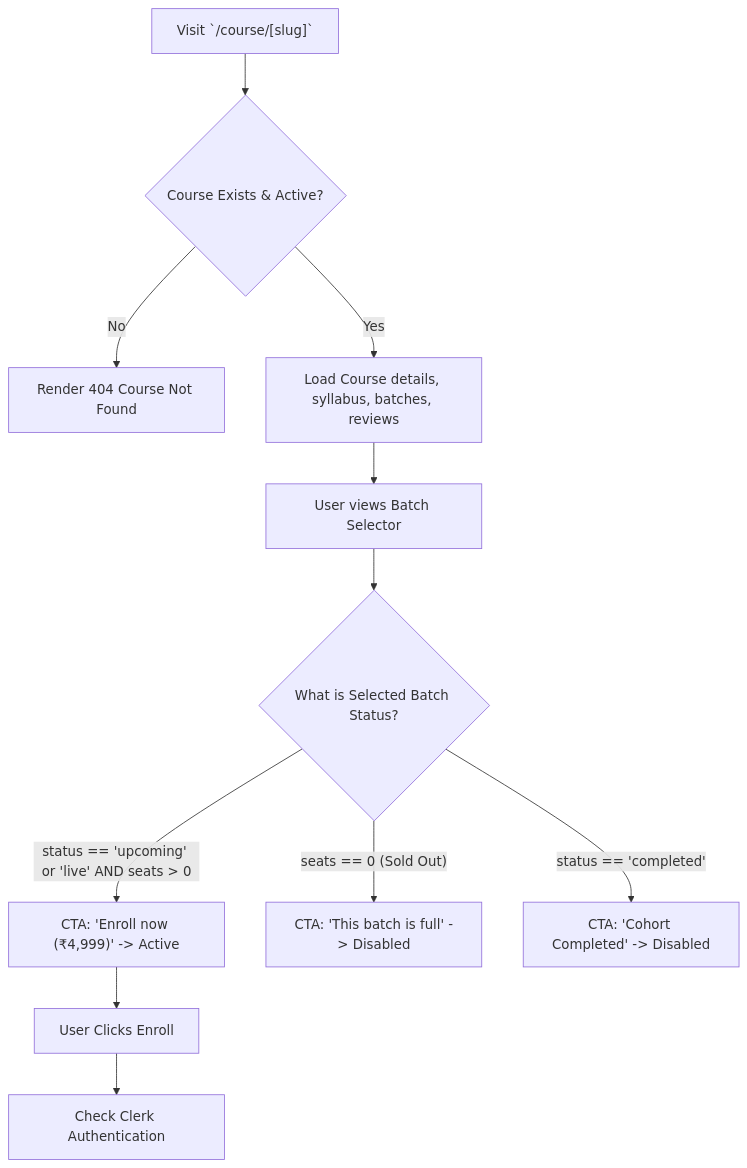
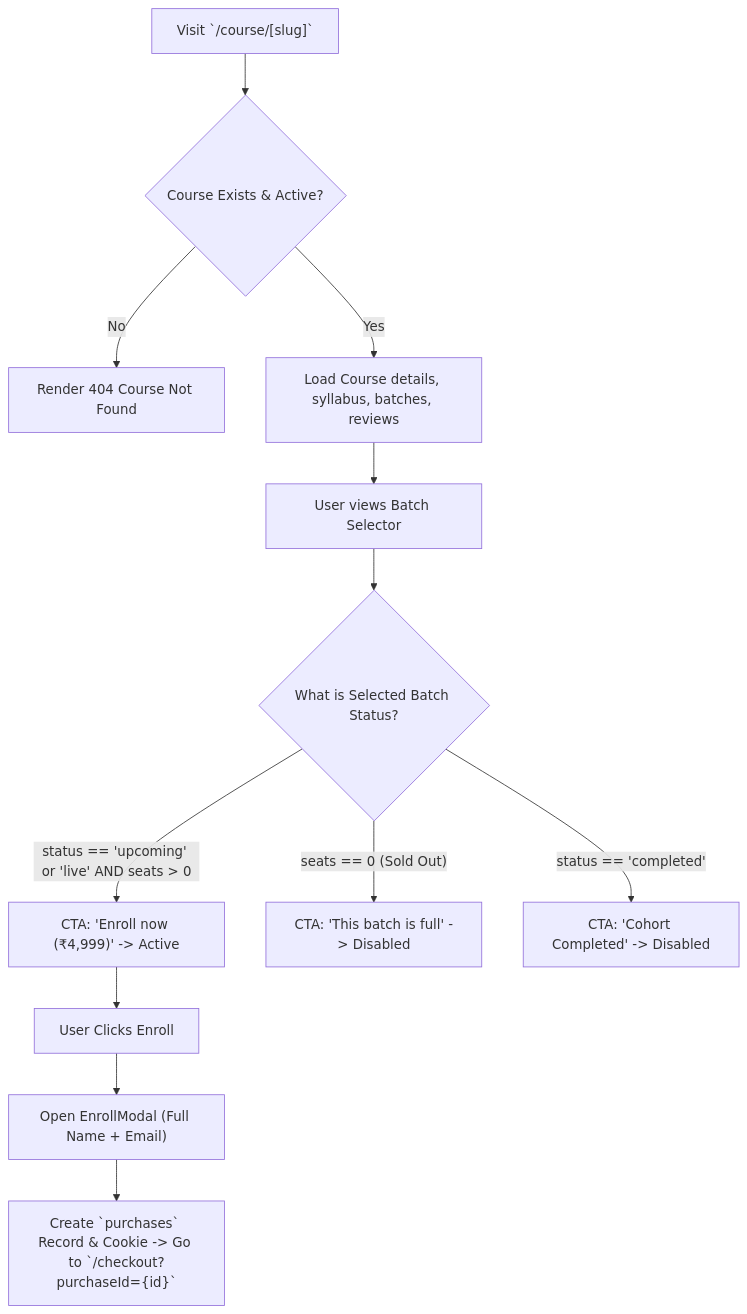
The fifth of 18 diagrams in context/user-flow.md (master-developerr/vibe-logic-studio), drawn with Mermaid before and after one commit. The commit also changed other lines of this file and 45 other files, not shown here.

Commit message:
feat(payments): payment-first checkout, Razorpay order diagnostics, and secure purchase recovery

````diff
--- a/context/user-flow.md
+++ b/context/user-flow.md
@@ -159,16 +160,17 @@
 ```mermaid
 flowchart TD
     ENTER["Visit `/course/[slug]`"] --> CHECK_SLUG{"Course Exists & Active?"}
     CHECK_SLUG -->|No| ERR_404["Render 404 Course Not Found"]
     CHECK_SLUG -->|Yes| LOAD_DATA["Load Course details, syllabus, batches, reviews"]
     
     LOAD_DATA --> BATCH_SELECT["User views Batch Selector"]
     BATCH_SELECT --> BATCH_STATUS{"What is Selected Batch Status?"}
     
     BATCH_STATUS -->|"status == 'upcoming' or 'live' AND seats > 0"| CTA_ACTIVE["CTA: 'Enroll now (₹4,999)' -> Active"]
     BATCH_STATUS -->|"seats == 0 (Sold Out)"| CTA_FULL["CTA: 'This batch is full' -> Disabled"]
     BATCH_STATUS -->|"status == 'completed'"| CTA_CLOSED["CTA: 'Cohort Completed' -> Disabled"]
     
     CTA_ACTIVE --> CLICK_ENROLL["User Clicks Enroll"]
-    CLICK_ENROLL --> AUTH_GUARD["Check Clerk Authentication"]
+    CLICK_ENROLL --> OPEN_BUYER_MODAL["Open EnrollModal (Full Name + Email)"]
+    OPEN_BUYER_MODAL --> MINT_PURCHASE["Create `purchases` Record & Cookie -> Go to `/checkout?purchaseId={id}`"]
 ```
````
